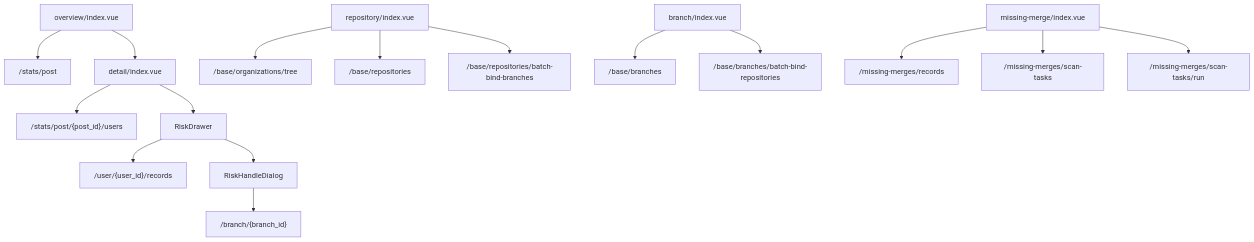
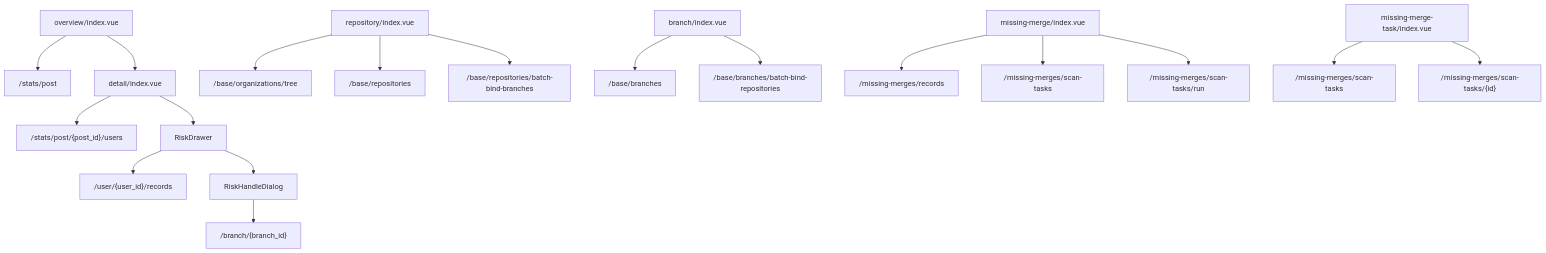
The diagram in web/docs/src/frontend/views/code-compliance.md (zrqg-znb/Focus_Admin), drawn with Mermaid before and after one commit. The commit also changed other lines of this file and 12 other files, not shown here.

````diff
--- a/web/docs/src/frontend/views/code-compliance.md
+++ b/web/docs/src/frontend/views/code-compliance.md
@@ -39,18 +42,20 @@
 ```mermaid
 flowchart TD
     Overview["overview/index.vue"] --> PostStats["/stats/post"]
     Overview --> Detail["detail/index.vue"]
     Detail --> UserStats["/stats/post/{post_id}/users"]
     Detail --> Drawer["RiskDrawer"]
     Drawer --> Records["/user/{user_id}/records"]
     Drawer --> Dialog["RiskHandleDialog"]
     Dialog --> Update["/branch/{branch_id}"]
     Repository["repository/index.vue"] --> OrgTree["/base/organizations/tree"]
     Repository --> RepoList["/base/repositories"]
     Repository --> BindBranch["/base/repositories/batch-bind-branches"]
     Branch["branch/index.vue"] --> BranchList["/base/branches"]
     Branch --> BindRepo["/base/branches/batch-bind-repositories"]
     MissingMerge["missing-merge/index.vue"] --> MissingRecords["/missing-merges/records"]
     MissingMerge --> MissingTasks["/missing-merges/scan-tasks"]
     MissingMerge --> RunScan["/missing-merges/scan-tasks/run"]
+    MissingMergeTask["missing-merge-task/index.vue"] --> TaskList["/missing-merges/scan-tasks"]
+    MissingMergeTask --> TaskDetail["/missing-merges/scan-tasks/{id}"]
 ```
````
